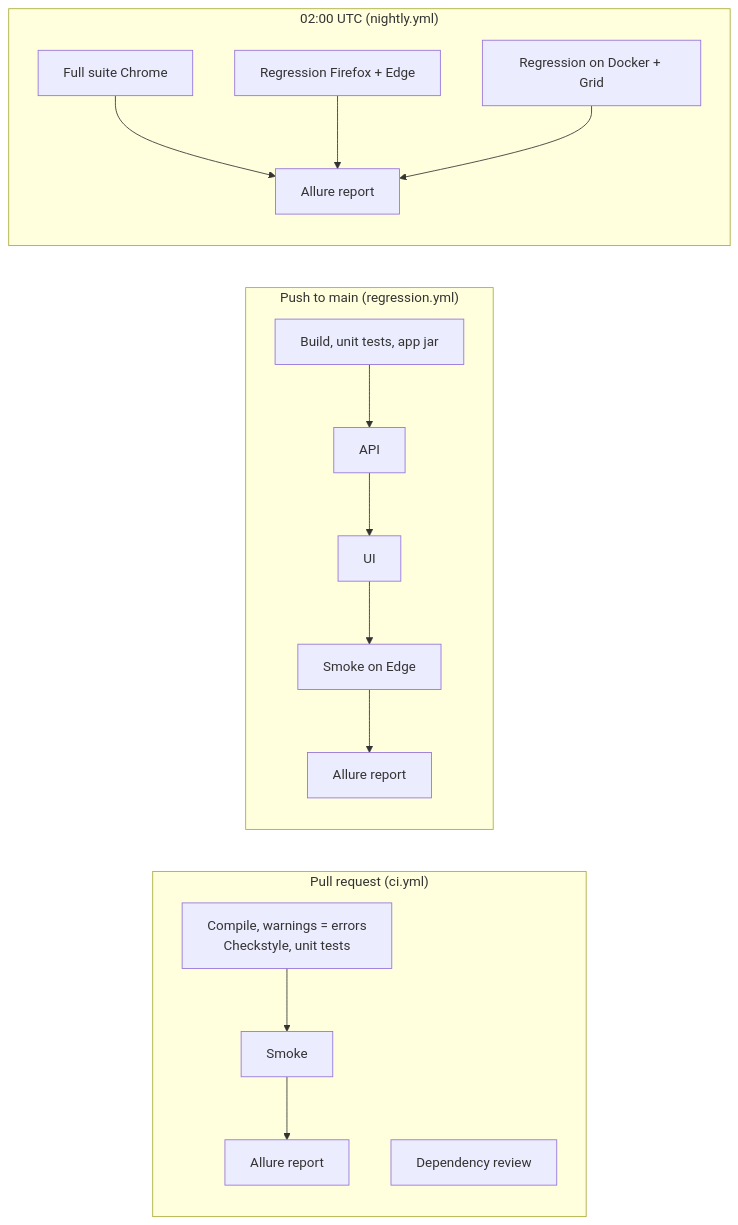
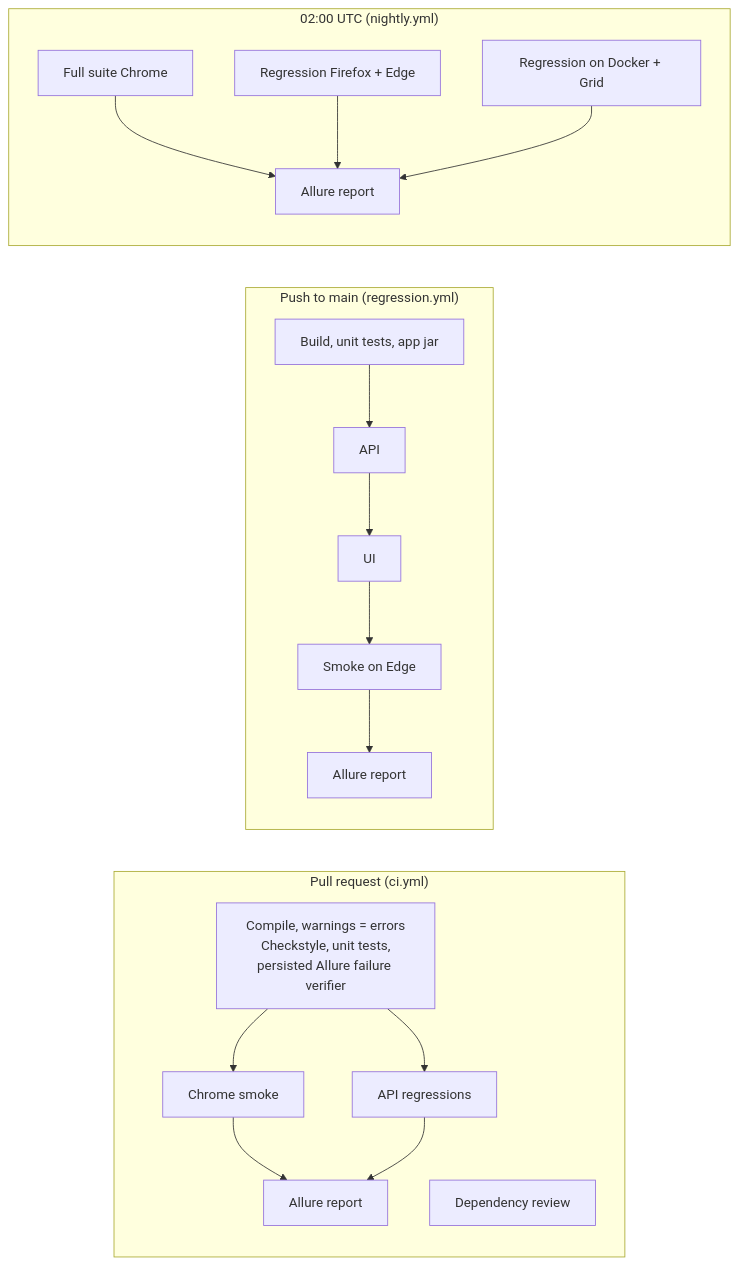
The diagram in docs/ci-cd.md (niranjankagri/enterprise-test-automation-framework), drawn with Mermaid before and after one commit. The commit also changed other lines of this file and 14 other files, not shown here.

````diff
--- a/docs/ci-cd.md
+++ b/docs/ci-cd.md
@@ -7,17 +7,19 @@
 ```mermaid
 flowchart LR
     subgraph PR["Pull request (ci.yml)"]
-        q1[Compile, warnings = errors<br/>Checkstyle, unit tests] --> s1[Smoke]
+        q1[Compile, warnings = errors<br/>Checkstyle, unit tests,<br/>persisted Allure failure verifier] --> s1[Chrome smoke]
+        q1 --> api1[API regressions]
         dr[Dependency review]
         s1 --> r1[Allure report]
+        api1 --> r1
     end
     subgraph Main["Push to main (regression.yml)"]
         b[Build, unit tests, app jar] --> a[API] --> u[UI] --> s2[Smoke on Edge] --> r2[Allure report]
     end
     subgraph Nightly["02:00 UTC (nightly.yml)"]
         f[Full suite Chrome]
         x[Regression Firefox + Edge]
         g[Regression on Docker + Grid]
         f & x & g --> r3[Allure report]
     end
 ```
````
